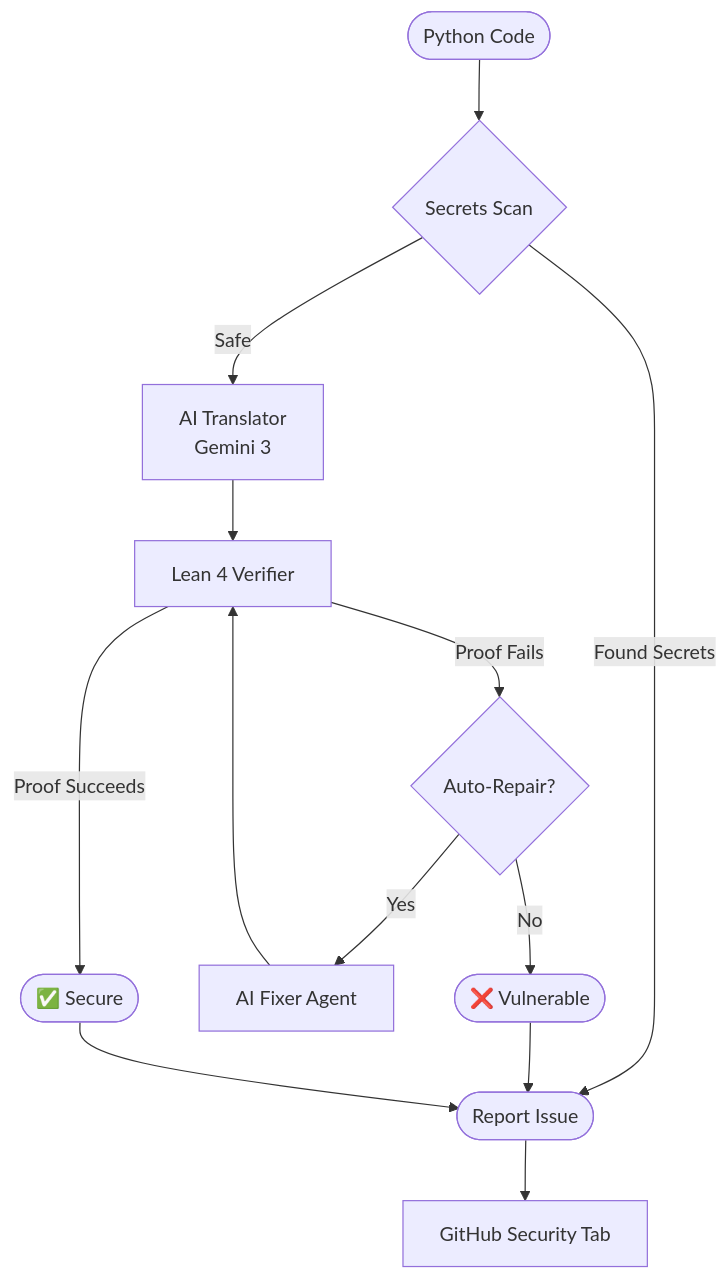
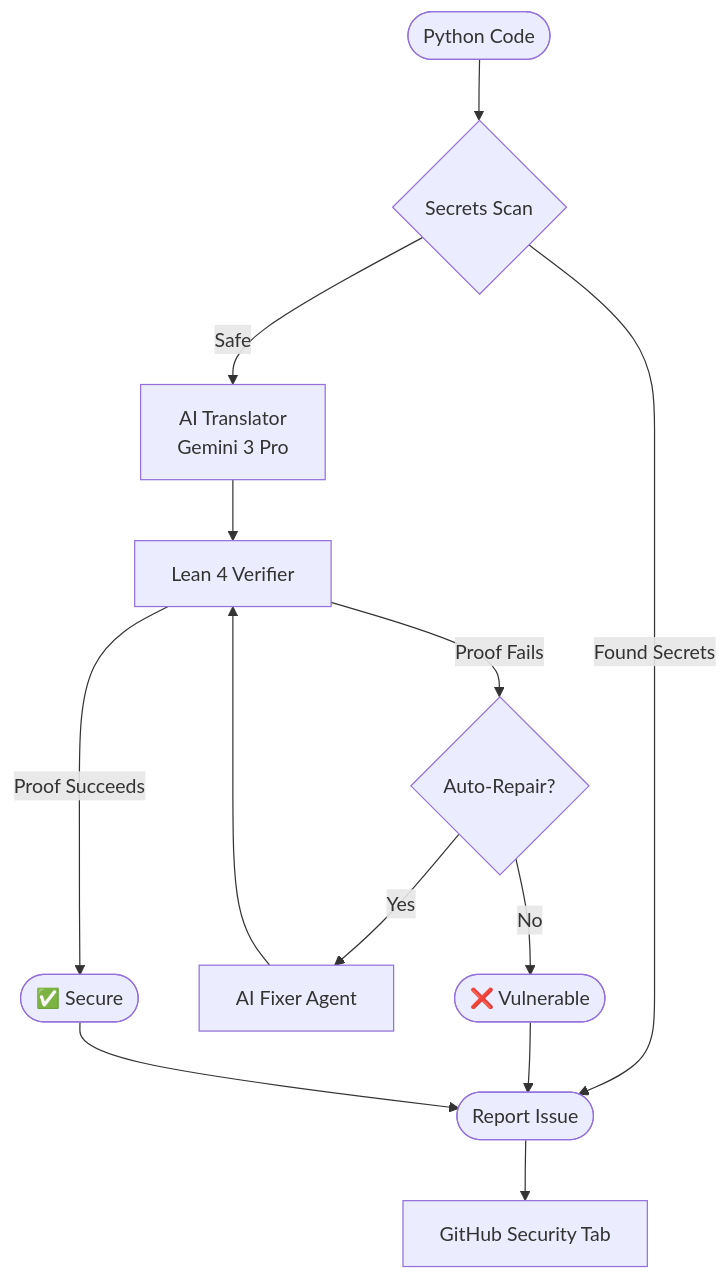
One commit to Platinum3nx/Argus changed the diagram in README.md. Above: the diagram before and after it, drawn with Mermaid. The commit also changed other lines of this file, not shown here.

Commit message:
docs: Specify Gemini 3 Pro consistently

````diff
--- a/README.md
+++ b/README.md
@@ -32,21 +32,21 @@
 ```mermaid
 flowchart TD
     Start([Python Code]) --> Scan{Secrets Scan}
     Scan -- Found Secrets --> Report([Report Issue])
-    Scan -- Safe --> Trans[AI Translator<br/>Gemini 3]
+    Scan -- Safe --> Trans[AI Translator<br/>Gemini 3 Pro]
     
     Trans --> Lean[Lean 4 Verifier]
     
     Lean -- Proof Succeeds --> Secure([✅ Secure])
     Lean -- Proof Fails --> Repair{Auto-Repair?}
     
     Repair -- Yes --> Fix[AI Fixer Agent]
     Fix --> Lean
     
     Repair -- No --> Vuln([❌ Vulnerable])
     
     Vuln --> Report
     Secure --> Report
     
     Report --> SARIF[GitHub Security Tab]
 ```
````
